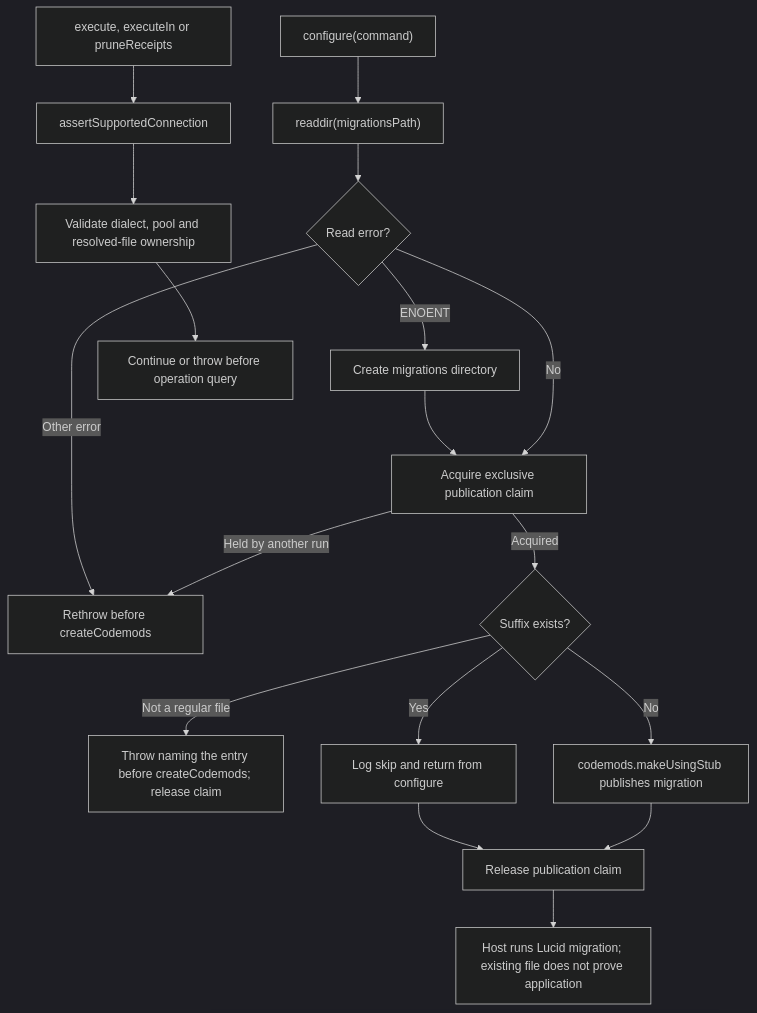
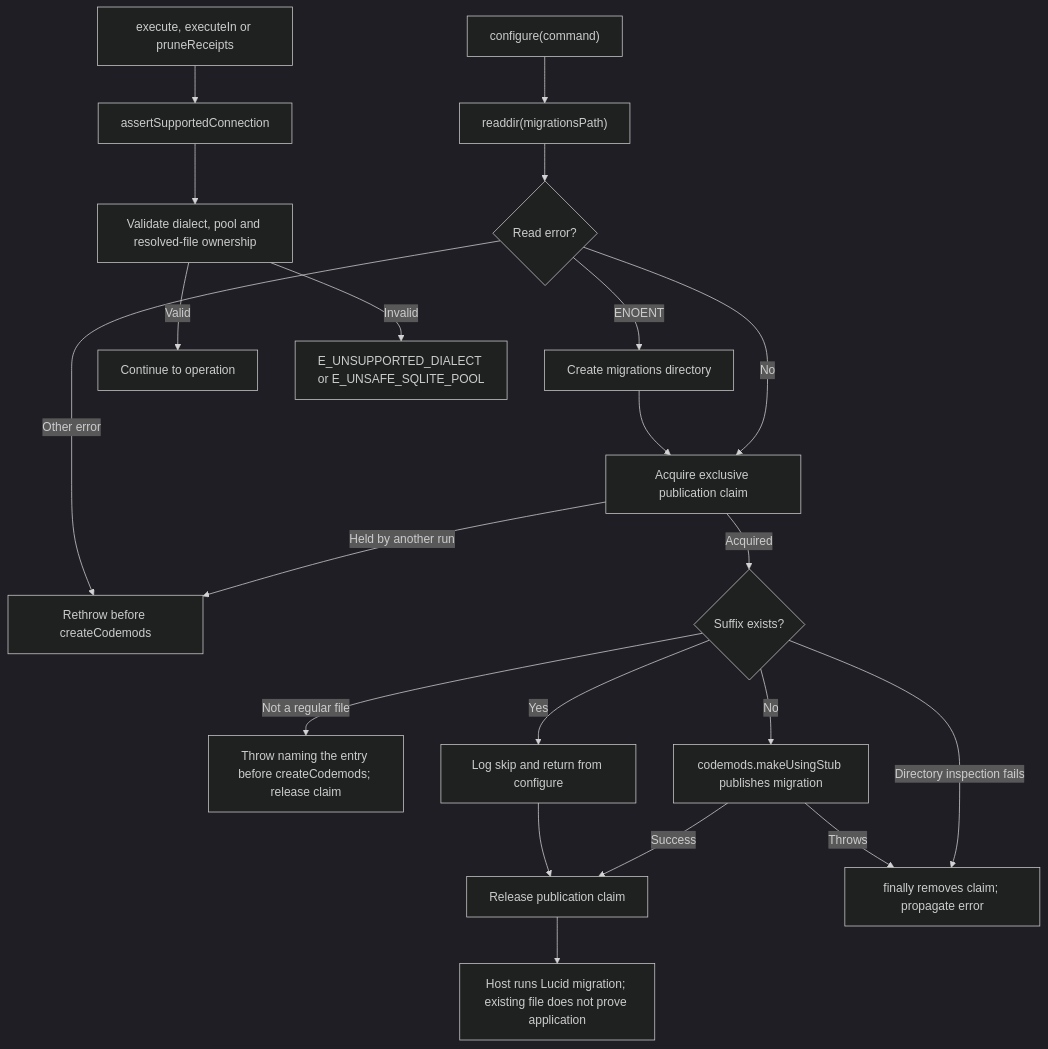
The second of 2 diagrams in user-stories/US-GUARD-04-operate-receipts.md (Kevinjohn/oss-adonisjs-duplicate-request-guard), drawn with Mermaid (dark theme) before and after one commit. The commit also changed other lines of this file and 9 other files, not shown here.

````diff
--- a/user-stories/US-GUARD-04-operate-receipts.md
+++ b/user-stories/US-GUARD-04-operate-receipts.md
@@ -50,20 +53,23 @@
 ```mermaid
 flowchart TD
     A["configure(command)"] --> B["readdir(migrationsPath)"]
     B --> R{"Read error?"}
     R -->|ENOENT| K["Create migrations directory"]
     K --> L["Acquire exclusive publication claim"]
     R -->|Other error| X["Rethrow before createCodemods"]
     R -->|No| L
     L -->|Held by another run| X
     L -->|Acquired| C{"Suffix exists?"}
     C -->|Not a regular file| Y["Throw naming the entry before createCodemods; release claim"]
     C -->|Yes| D["Log skip and return from configure"]
     D --> T["Release publication claim"]
     C -->|No| E["codemods.makeUsingStub publishes migration"]
-    E --> T
+    E -->|Success| T
+    E -->|Throws| P["finally removes claim; propagate error"]
+    C -->|Directory inspection fails| P
     T --> F["Host runs Lucid migration; existing file does not prove application"]
     G["execute, executeIn or pruneReceipts"] --> H["assertSupportedConnection"]
     H --> I["Validate dialect, pool and resolved-file ownership"]
-    I --> J["Continue or throw before operation query"]
+    I -->|Valid| J["Continue to operation"]
+    I -->|Invalid| Q["E_UNSUPPORTED_DIALECT or E_UNSAFE_SQLITE_POOL"]
 ```
````
